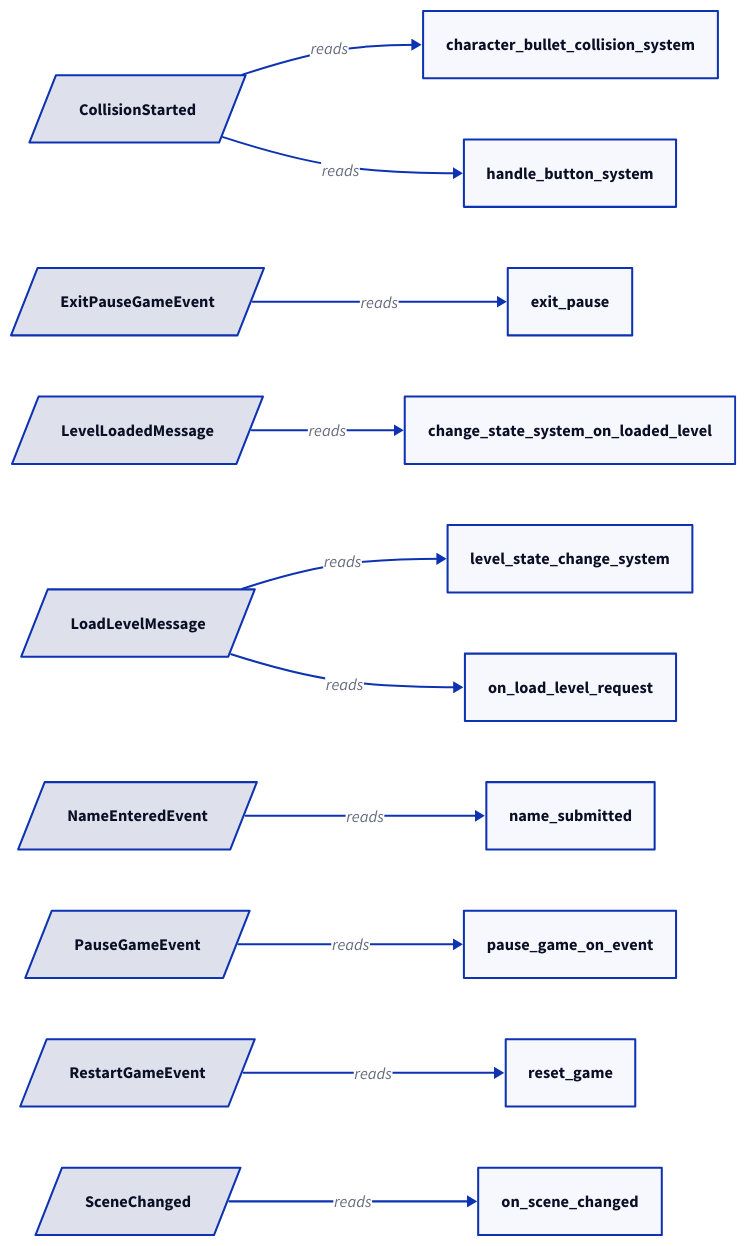
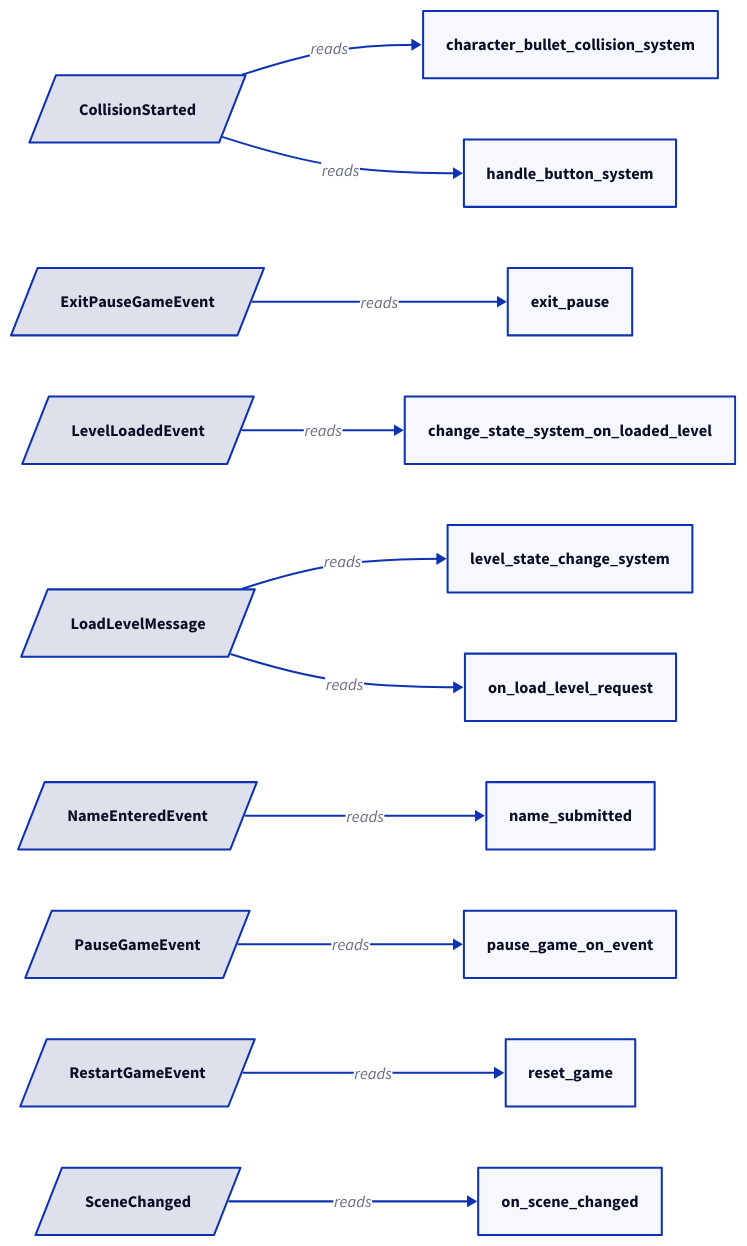
One commit to edizeqiri/BulletsOnWheels changed the diagram in docs/events.d2. Above: the diagram before and after it, drawn with D2. The commit also changed 4 other files, not shown here.

Commit message:
chore: regenerate architecture diagrams

```diff
--- a/docs/events.d2
+++ b/docs/events.d2
@@ -1,32 +1,32 @@
 direction: right
 
 "CollisionStarted": { shape: parallelogram }
 "ExitPauseGameEvent": { shape: parallelogram }
-"LevelLoadedMessage": { shape: parallelogram }
+"LevelLoadedEvent": { shape: parallelogram }
 "LoadLevelMessage": { shape: parallelogram }
 "NameEnteredEvent": { shape: parallelogram }
 "PauseGameEvent": { shape: parallelogram }
 "RestartGameEvent": { shape: parallelogram }
 "SceneChanged": { shape: parallelogram }
 
 "change_state_system_on_loaded_level": { shape: rectangle }
 "character_bullet_collision_system": { shape: rectangle }
 "exit_pause": { shape: rectangle }
 "handle_button_system": { shape: rectangle }
 "level_state_change_system": { shape: rectangle }
 "name_submitted": { shape: rectangle }
 "on_load_level_request": { shape: rectangle }
 "on_scene_changed": { shape: rectangle }
 "pause_game_on_event": { shape: rectangle }
 "reset_game": { shape: rectangle }
 
-"LevelLoadedMessage" -> "change_state_system_on_loaded_level": reads
+"LevelLoadedEvent" -> "change_state_system_on_loaded_level": reads
 "CollisionStarted" -> "character_bullet_collision_system": reads
 "ExitPauseGameEvent" -> "exit_pause": reads
 "CollisionStarted" -> "handle_button_system": reads
 "LoadLevelMessage" -> "level_state_change_system": reads
 "NameEnteredEvent" -> "name_submitted": reads
 "LoadLevelMessage" -> "on_load_level_request": reads
 "SceneChanged" -> "on_scene_changed": reads
 "PauseGameEvent" -> "pause_game_on_event": reads
 "RestartGameEvent" -> "reset_game": reads
```
